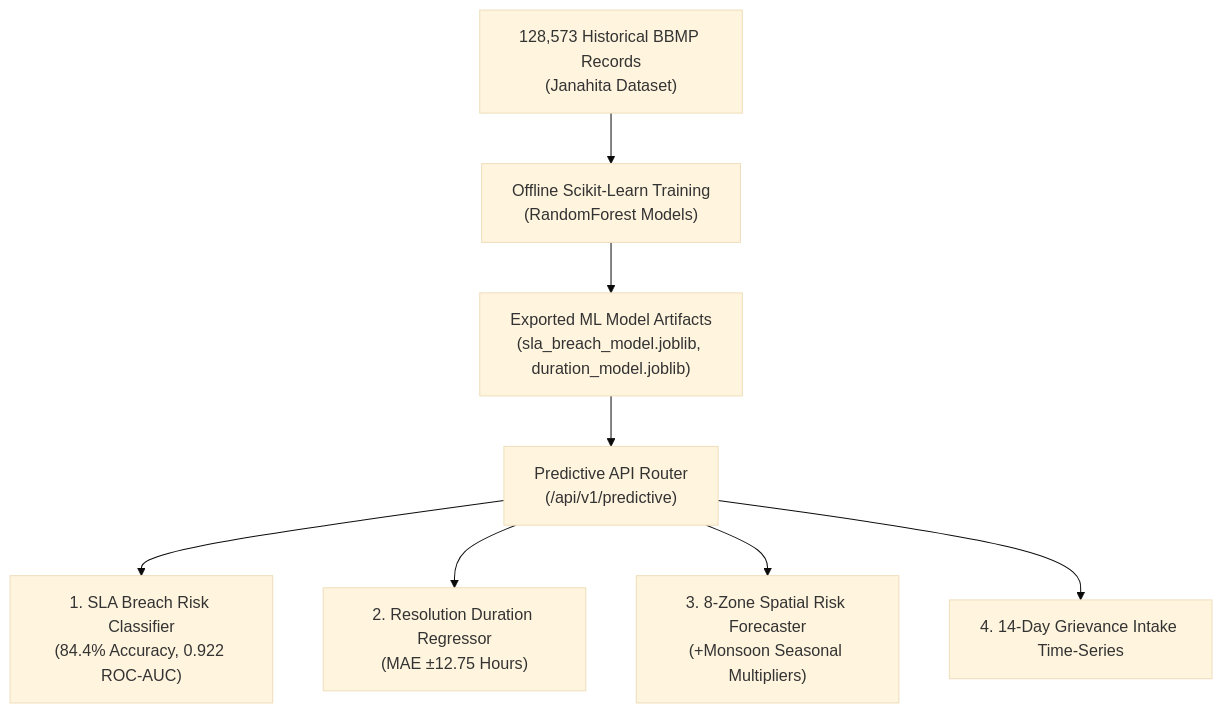
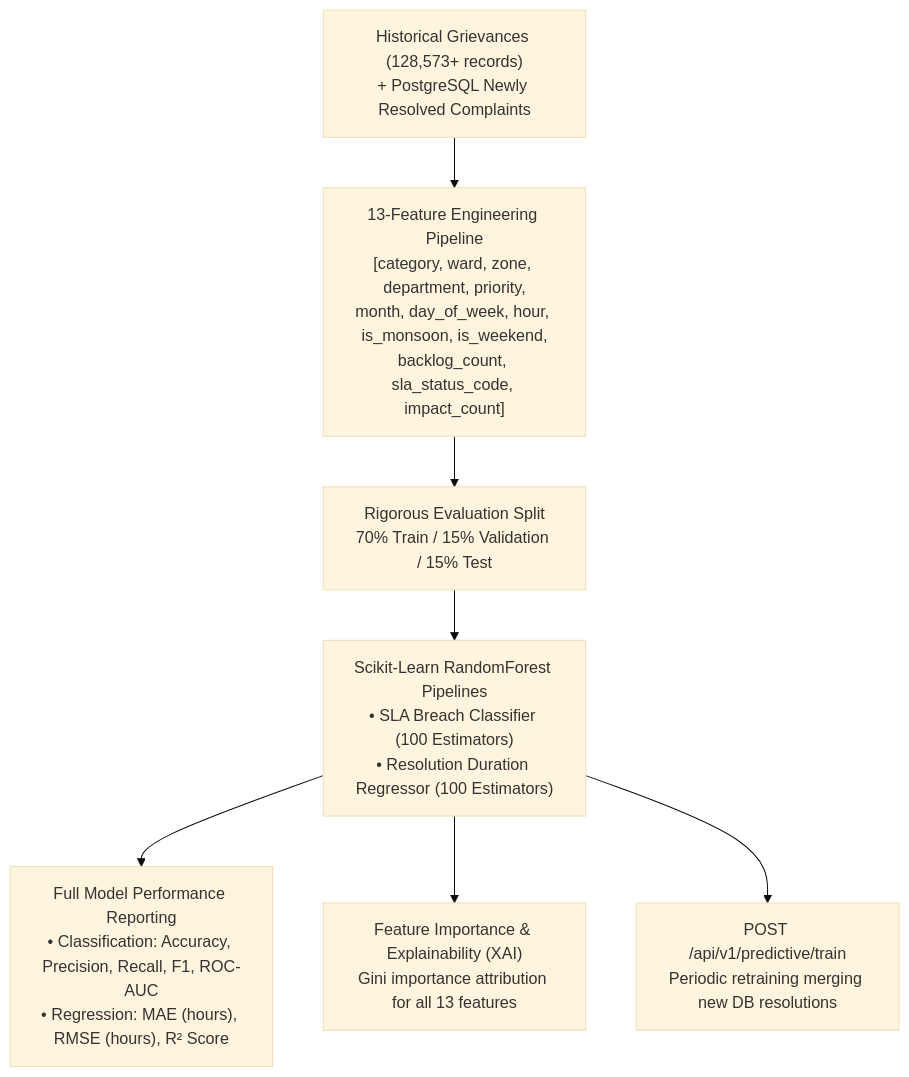
One commit to SHRUTISINHA250714/civic changed diagram 17 of 18 in phases.md. Above: the diagram before and after it, drawn with Mermaid (base theme). The commit also changed other lines of this file and 11 other files, not shown here.

````diff
--- a/phases.md
+++ b/phases.md
@@ -502,11 +508,11 @@
 ```mermaid
 flowchart TD
-    History["128,573 Historical BBMP Records\n(Janahita Dataset)"] --> Train["Offline Scikit-Learn Training\n(RandomForest Models)"]
-    Train --> Models["Exported ML Model Artifacts\n(sla_breach_model.joblib, duration_model.joblib)"]
+    DataPool["Historical Grievances (128,573+ records)\n+ PostgreSQL Newly Resolved Complaints"] --> FeatEng["13-Feature Engineering Pipeline\n[category, ward, zone, department, priority,\nmonth, day_of_week, hour, is_monsoon, is_weekend,\nbacklog_count, sla_status_code, impact_count]"]
     
-    Models --> API["Predictive API Router\n(/api/v1/predictive)"]
-    API --> F1["1. SLA Breach Risk Classifier\n(84.4% Accuracy, 0.922 ROC-AUC)"]
-    API --> F2["2. Resolution Duration Regressor\n(MAE ±12.75 Hours)"]
-    API --> F3["3. 8-Zone Spatial Risk Forecaster\n(+Monsoon Seasonal Multipliers)"]
-    API --> F4["4. 14-Day Grievance Intake Time-Series"]
+    FeatEng --> Split["Rigorous Evaluation Split\n70% Train / 15% Validation / 15% Test"]
+    Split --> Train["Scikit-Learn RandomForest Pipelines\n• SLA Breach Classifier (100 Estimators)\n• Resolution Duration Regressor (100 Estimators)"]
+    
+    Train --> Metrics["Full Model Performance Reporting\n• Classification: Accuracy, Precision, Recall, F1, ROC-AUC\n• Regression: MAE (hours), RMSE (hours), R² Score"]
+    Train --> XAI["Feature Importance & Explainability (XAI)\nGini importance attribution for all 13 features"]
+    Train --> Retrain["POST /api/v1/predictive/train\nPeriodic retraining merging new DB resolutions"]
 ```
````
